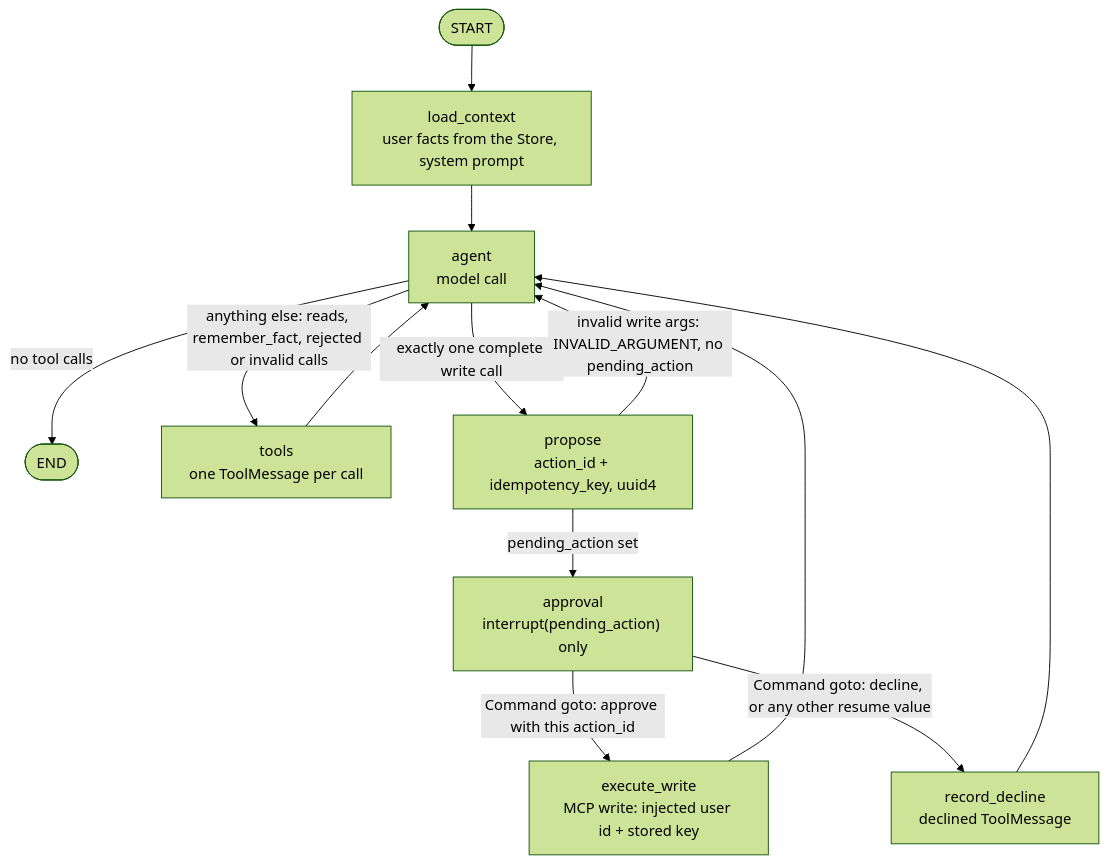
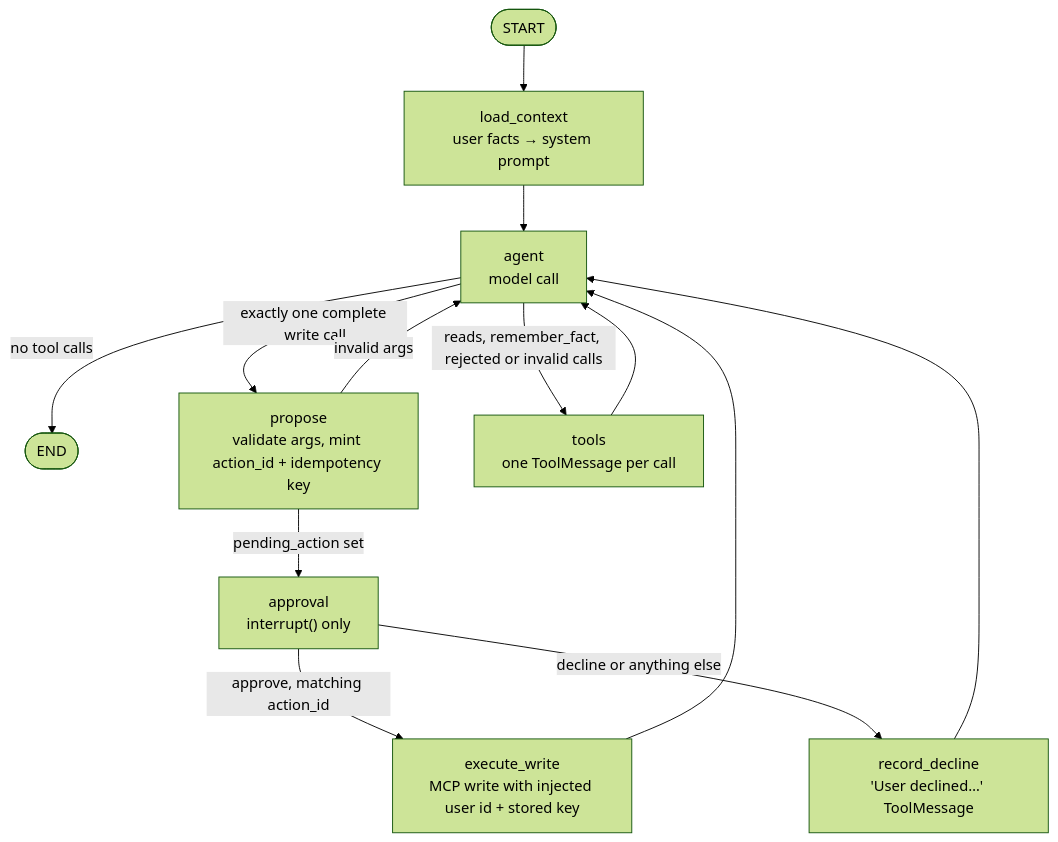
The third of 3 diagrams in README.md (velychkovych/new-page-solutions-task), drawn with Mermaid (forest theme) before and after one commit. The commit also changed other lines of this file and 1 other file, not shown here.

Commit message:
docs: write the README and AgentCore design

````diff
--- a/README.md
+++ b/README.md
@@ -156,25 +246,18 @@
 ```mermaid
 flowchart TD
-  g_start(["START"])
-  g_end(["END"])
-  load_context["load_context<br/>user facts from the Store, system prompt"]
+  g_start(["START"]) --> load_context
+  load_context["load_context<br/>user facts → system prompt"] --> agent
   agent["agent<br/>model call"]
-  tools["tools<br/>one ToolMessage per call"]
-  propose["propose<br/>action_id + idempotency_key, uuid4"]
-  approval["approval<br/>interrupt(pending_action) only"]
-  execute_write["execute_write<br/>MCP write: injected user id + stored key"]
-  record_decline["record_decline<br/>declined ToolMessage"]
-
-  g_start --> load_context
-  load_context --> agent
-  agent -->|"no tool calls"| g_end
+  agent -->|"no tool calls"| g_end(["END"])
   agent -->|"exactly one complete write call"| propose
-  agent -->|"anything else: reads, remember_fact, rejected or invalid calls"| tools
-  tools --> agent
+  agent -->|"reads, remember_fact, rejected or invalid calls"| tools
+  tools["tools<br/>one ToolMessage per call"] --> agent
+  propose["propose<br/>validate args, mint action_id + idempotency key"]
   propose -->|"pending_action set"| approval
-  propose -->|"invalid write args: INVALID_ARGUMENT, no pending_action"| agent
-  approval -->|"Command goto: approve with this action_id"| execute_write
-  approval -->|"Command goto: decline, or any other resume value"| record_decline
-  execute_write --> agent
-  record_decline --> agent
+  propose -->|"invalid args"| agent
+  approval["approval<br/>interrupt() only"]
+  approval -->|"approve, matching action_id"| execute_write
+  approval -->|"decline or anything else"| record_decline
+  execute_write["execute_write<br/>MCP write with injected user id + stored key"] --> agent
+  record_decline["record_decline<br/>'User declined…' ToolMessage"] --> agent
 ```
````
